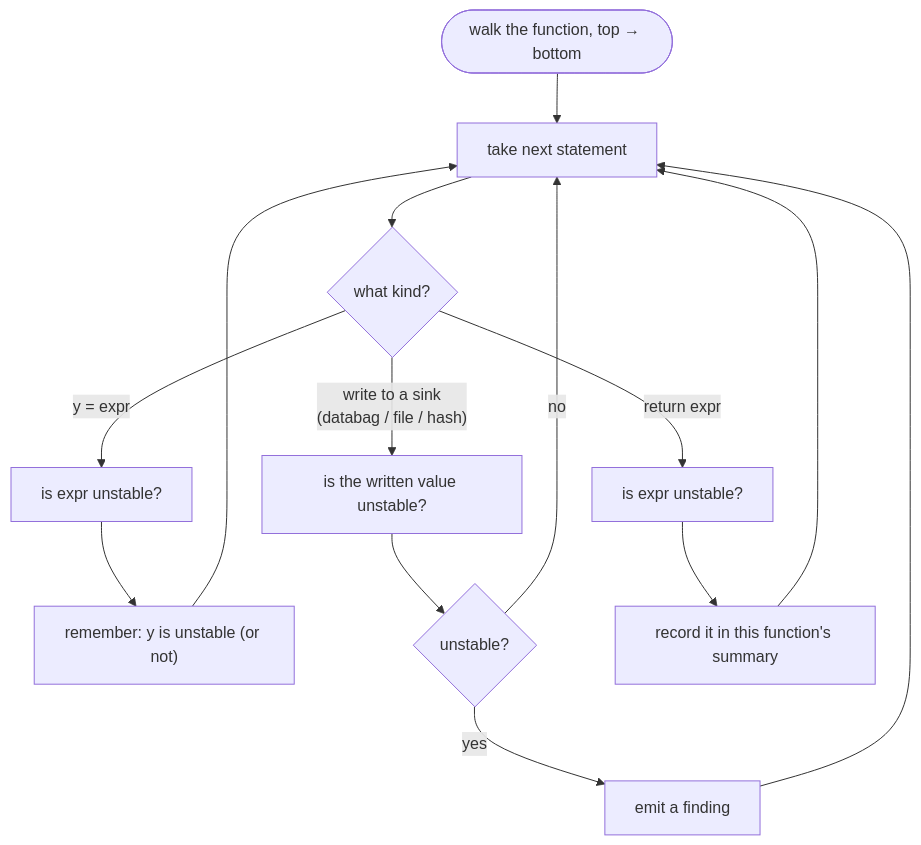
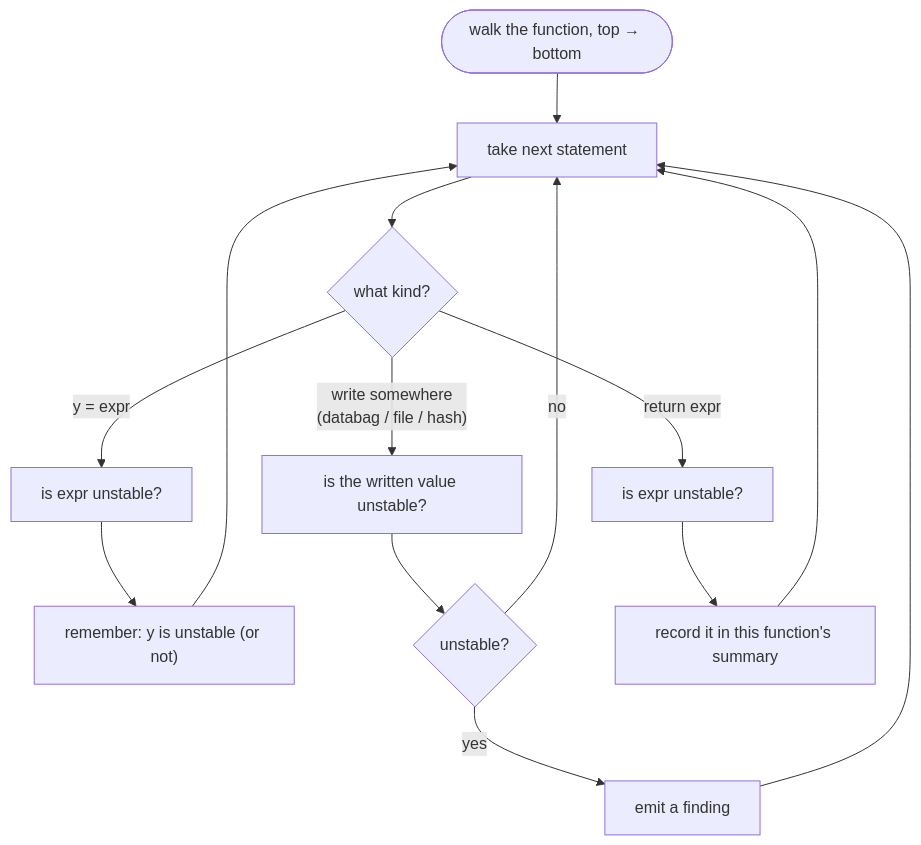
Before and after one commit to michaeldmitry/flaplint: the fourth of 5 diagrams in docs/architecture.md, drawn with Mermaid. The commit also changed other lines of this file and 12 other files, not shown here.

````diff
--- a/docs/architecture.md
+++ b/docs/architecture.md
@@ -158,10 +158,10 @@
 ```mermaid
 flowchart TD
     Start(["walk the function, top → bottom"]) --> N["take next statement"]
     N --> K{what kind?}
     K -- "y = expr" --> A1["is expr unstable?"] --> A2["remember: y is unstable (or not)"] --> N
-    K -- "write to a sink<br/>(databag / file / hash)" --> B1["is the written value unstable?"] --> B2{unstable?}
+    K -- "write somewhere<br/>(databag / file / hash)" --> B1["is the written value unstable?"] --> B2{unstable?}
     B2 -- no --> N
     B2 -- yes --> B3["emit a finding"] --> N
     K -- "return expr" --> C1["is expr unstable?"] --> C2["record it in this function's summary"] --> N
 ```
````
